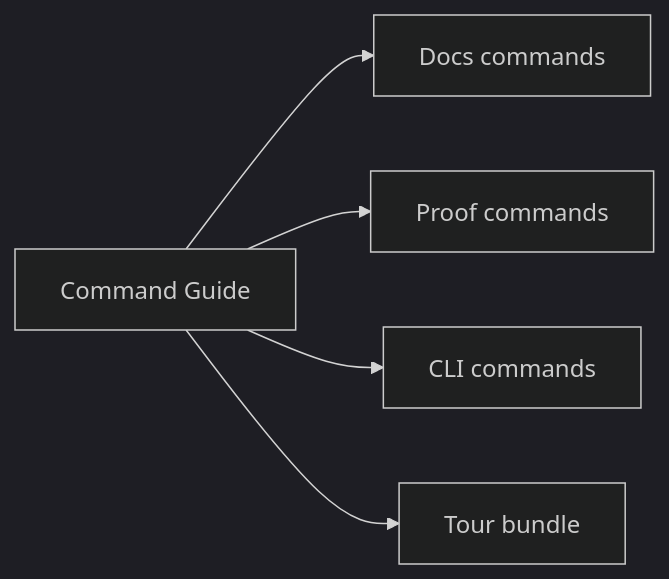
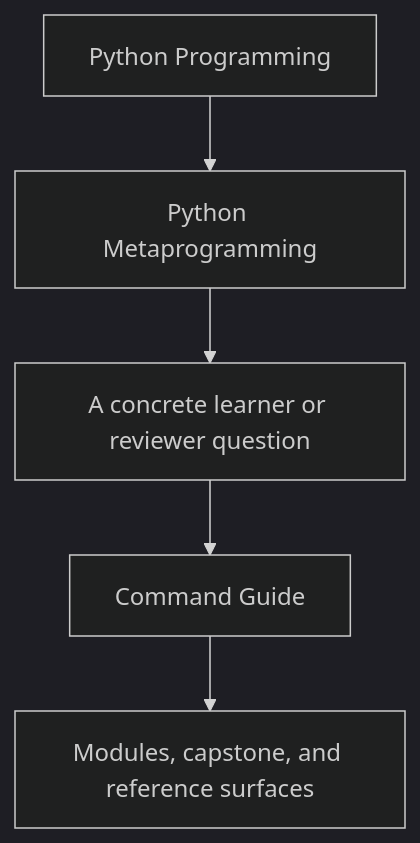
One commit to bijux/bijux-masterclass changed the first of 2 diagrams in programs/python-programming/python-meta-programming/course-book/guides/command-guide.md. Above: the diagram before and after it, drawn with Mermaid (dark theme). The commit also changed other lines of this file and 15 other files, not shown here.

Commit message:
docs(python-meta-programming): sharpen guide and reference diagrams

````diff
--- a/programs/python-programming/python-meta-programming/course-book/guides/command-guide.md
+++ b/programs/python-programming/python-meta-programming/course-book/guides/command-guide.md
@@ -6,13 +6,7 @@
 ```mermaid
-graph LR
-  guide["Command Guide"]
-  docs["Docs commands"]
-  proof["Proof commands"]
-  cli["CLI commands"]
-  tour["Tour bundle"]
-
-  guide --> docs
-  guide --> proof
-  guide --> cli
-  guide --> tour
+flowchart TD
+  family["Python Programming"] --> program["Python Metaprogramming"]
+  program --> pressure["A concrete learner or reviewer question"]
+  pressure --> guide["Command Guide"]
+  guide --> next["Modules, capstone, and reference surfaces"]
 ```
````
